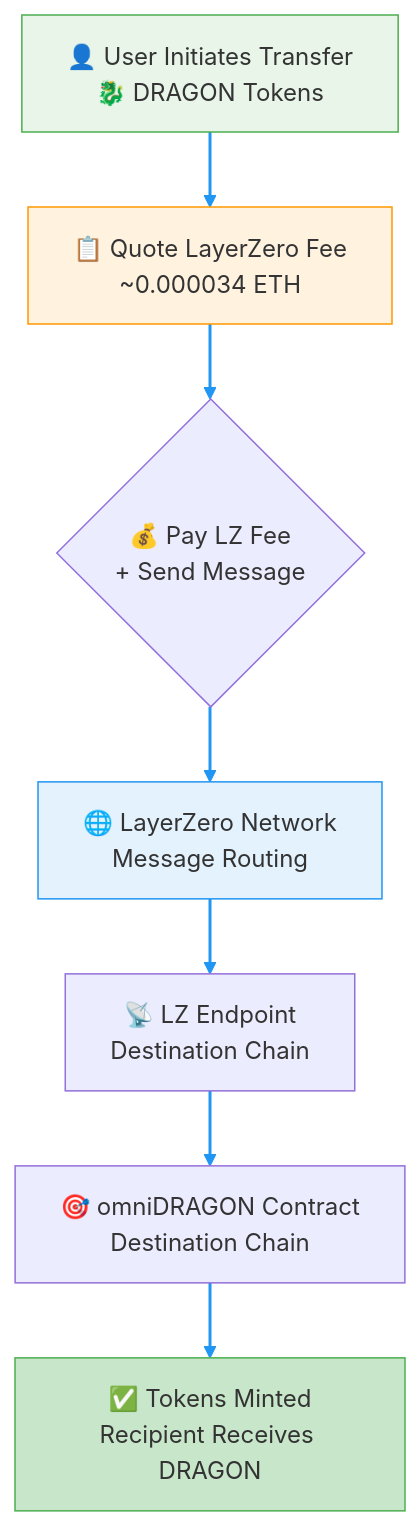
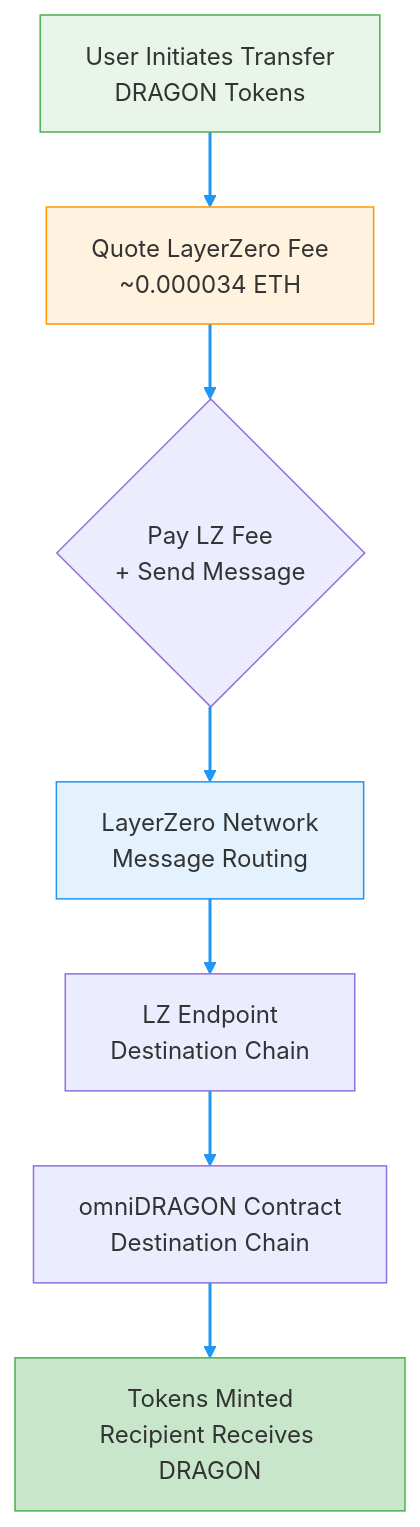
The fourth of 11 diagrams in docs/diagrams.md (omnidragon-io/docs), drawn with Mermaid before and after one commit. The commit also changed other lines of this file, not shown here.

First line of the commit message:
docs: remove all emojis from Mermaid diagrams for clean, professional appearance

````diff
--- a/docs/diagrams.md
+++ b/docs/diagrams.md
@@ -134,21 +134,21 @@
 ```mermaid
 flowchart TD
-    A[👤 User Initiates Transfer<br/>🐉 DRAGON Tokens] --> B[📋 Quote LayerZero Fee<br/>~0.000034 ETH]
+    A[User Initiates Transfer<br/>DRAGON Tokens] --> B[Quote LayerZero Fee<br/>~0.000034 ETH]
 
-    B --> C{💰 Pay LZ Fee<br/>+ Send Message}
+    B --> C{Pay LZ Fee<br/>+ Send Message}
 
-    C --> D[🌐 LayerZero Network<br/>Message Routing]
+    C --> D[LayerZero Network<br/>Message Routing]
 
-    D --> E[📡 LZ Endpoint<br/>Destination Chain]
+    D --> E[LZ Endpoint<br/>Destination Chain]
 
-    E --> F[🎯 omniDRAGON Contract<br/>Destination Chain]
+    E --> F[omniDRAGON Contract<br/>Destination Chain]
 
-    F --> G[✅ Tokens Minted<br/>Recipient Receives DRAGON]
+    F --> G[Tokens Minted<br/>Recipient Receives DRAGON]
 
     style A fill:#e8f5e8,stroke:#4caf50
     style B fill:#fff3e0,stroke:#ff9800
     style D fill:#e3f2fd,stroke:#2196f3
     style G fill:#c8e6c9,stroke:#4caf50
 
     linkStyle 0,1,2,3,4,5 stroke:#2196f3,stroke-width:2px
 ```
````
